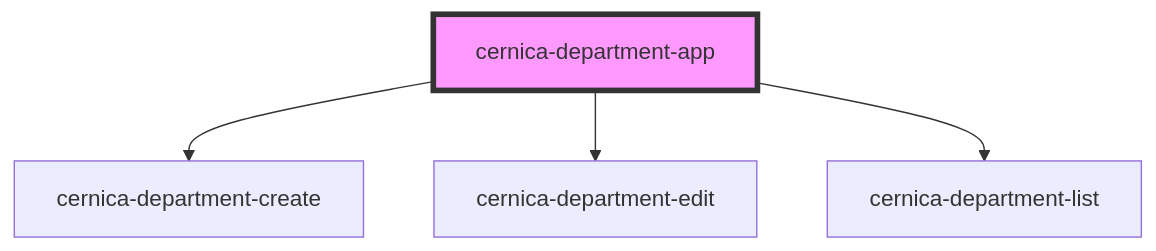
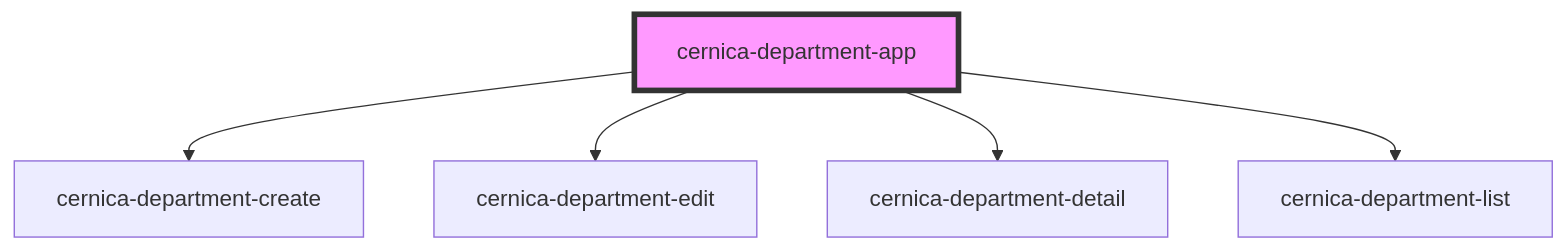
Before and after one commit to ThomasCodesThings/wac-ufe: the diagram in src/components/cernica-department-app/readme.md, drawn with Mermaid. The commit also changed other lines of this file and 10 other files, not shown here.

````diff
--- a/src/components/cernica-department-app/readme.md
+++ b/src/components/cernica-department-app/readme.md
@@ -25,7 +26,8 @@
 ```mermaid
 graph TD;
   cernica-department-app --> cernica-department-create
   cernica-department-app --> cernica-department-edit
+  cernica-department-app --> cernica-department-detail
   cernica-department-app --> cernica-department-list
   style cernica-department-app fill:#f9f,stroke:#333,stroke-width:4px
 ```
````
